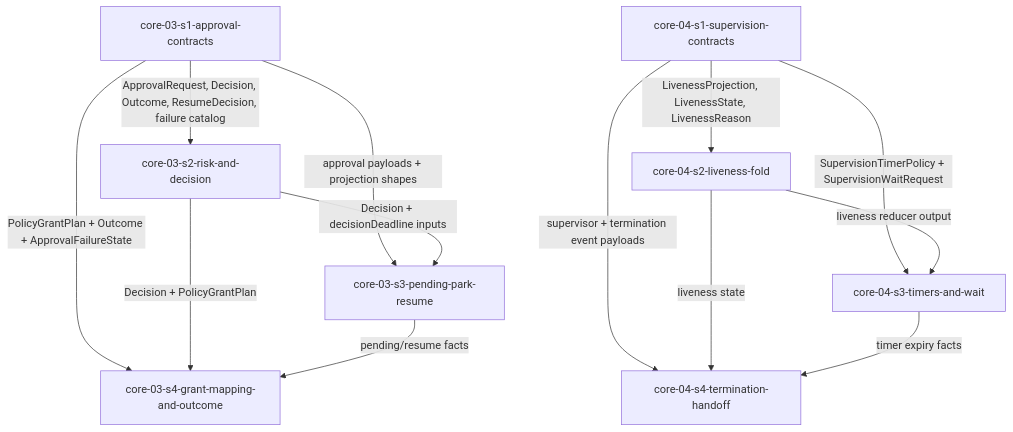
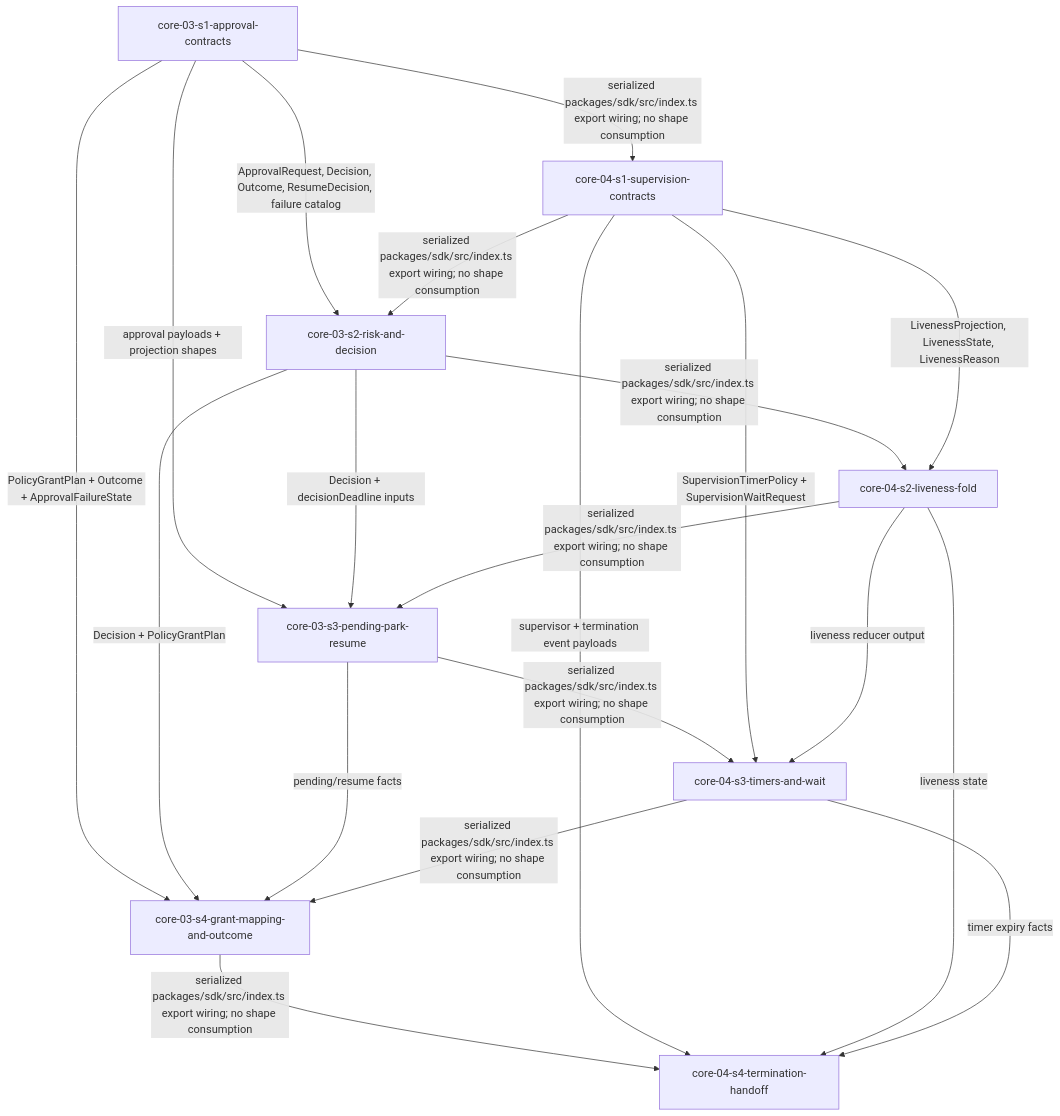
The diagram in docs/implementation/epics/epic-4-human-control-and-liveness-loop/story-dag.md (aryeko/agentic-workflow-kit), drawn with Mermaid before and after one commit. The commit also changed other lines of this file and 26 other files, not shown here.

````diff
--- a/docs/implementation/epics/epic-4-human-control-and-liveness-loop/story-dag.md
+++ b/docs/implementation/epics/epic-4-human-control-and-liveness-loop/story-dag.md
@@ -170,25 +188,32 @@
 ```mermaid
 flowchart TB
   A1["core-03-s1-approval-contracts"]
   A2["core-03-s2-risk-and-decision"]
   A3["core-03-s3-pending-park-resume"]
   A4["core-03-s4-grant-mapping-and-outcome"]
   S1["core-04-s1-supervision-contracts"]
   S2["core-04-s2-liveness-fold"]
   S3["core-04-s3-timers-and-wait"]
   S4["core-04-s4-termination-handoff"]
 
   A1 -->|"ApprovalRequest, Decision, Outcome, ResumeDecision, failure catalog"| A2
   A1 -->|"approval payloads + projection shapes"| A3
   A2 -->|"Decision + decisionDeadline inputs"| A3
   A1 -->|"PolicyGrantPlan + Outcome + ApprovalFailureState"| A4
   A2 -->|"Decision + PolicyGrantPlan"| A4
   A3 -->|"pending/resume facts"| A4
 
+  A1 -->|"serialized packages/sdk/src/index.ts export wiring; no shape consumption"| S1
+  S1 -->|"serialized packages/sdk/src/index.ts export wiring; no shape consumption"| A2
+  A2 -->|"serialized packages/sdk/src/index.ts export wiring; no shape consumption"| S2
+  S2 -->|"serialized packages/sdk/src/index.ts export wiring; no shape consumption"| A3
+  A3 -->|"serialized packages/sdk/src/index.ts export wiring; no shape consumption"| S3
+  S3 -->|"serialized packages/sdk/src/index.ts export wiring; no shape consumption"| A4
+  A4 -->|"serialized packages/sdk/src/index.ts export wiring; no shape consumption"| S4
   S1 -->|"LivenessProjection, LivenessState, LivenessReason"| S2
   S1 -->|"SupervisionTimerPolicy + SupervisionWaitRequest"| S3
   S2 -->|"liveness reducer output"| S3
   S1 -->|"supervisor + termination event payloads"| S4
   S2 -->|"liveness state"| S4
   S3 -->|"timer expiry facts"| S4
 ```
````
